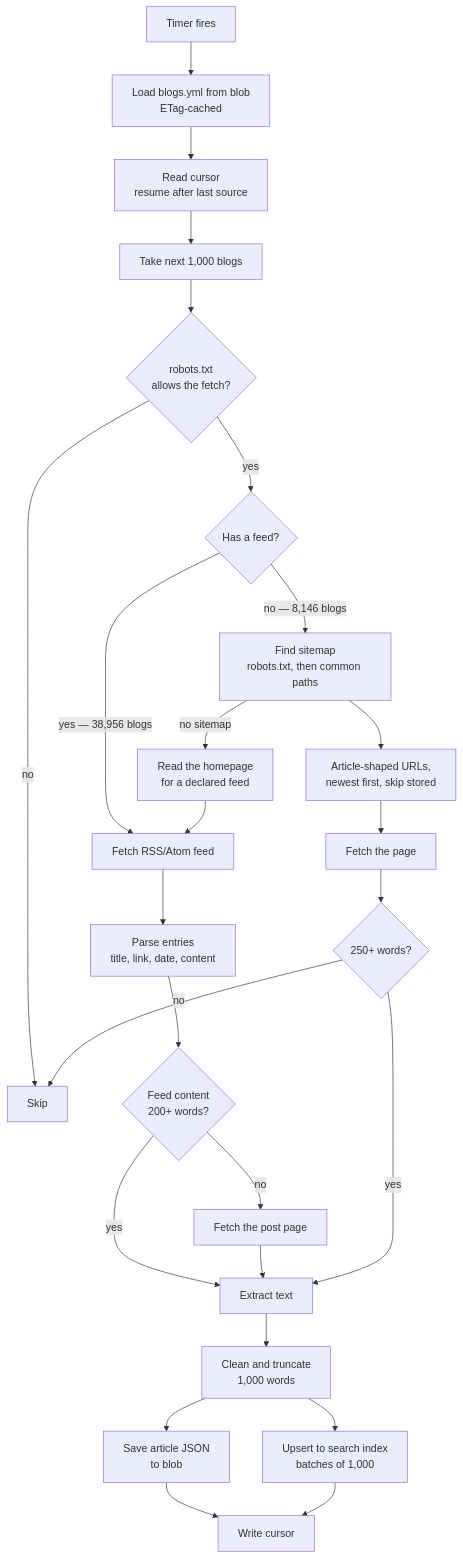
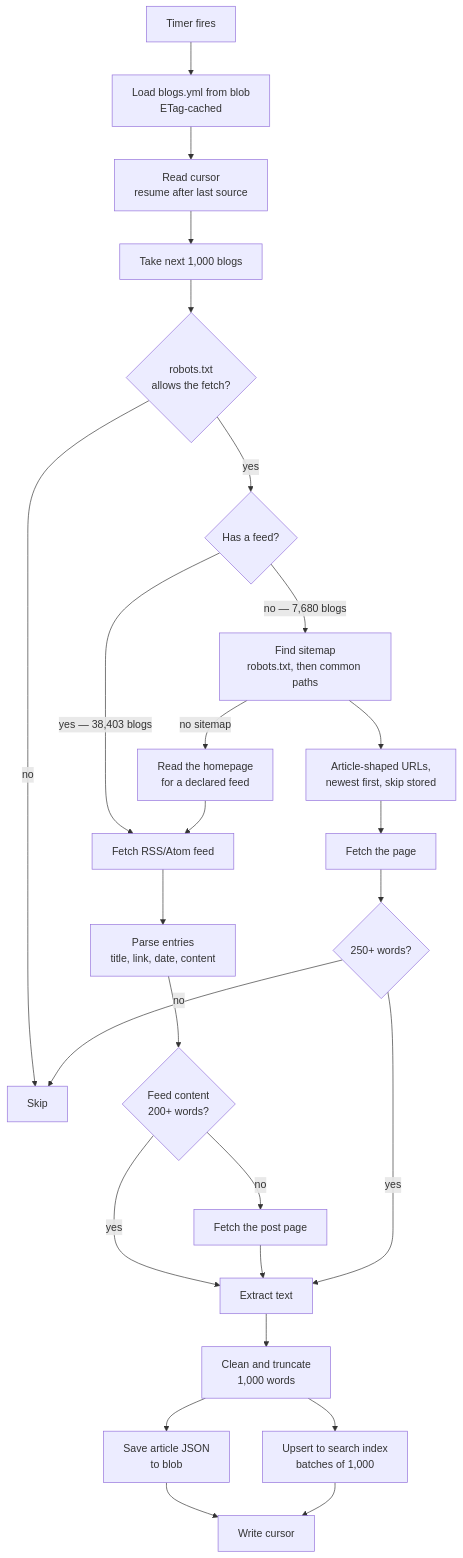
One commit to GitPaulo/blogme changed the second of 5 diagrams in docs/how-it-works.md. Above: the diagram before and after it, drawn with Mermaid. The commit also changed other lines of this file and 8 other files, not shown here.

````diff
--- a/docs/how-it-works.md
+++ b/docs/how-it-works.md
@@ -47,32 +47,32 @@
 ```mermaid
 flowchart TD
     T["Timer fires"] --> L["Load blogs.yml from blob<br/>ETag-cached"]
     L --> C["Read cursor<br/>resume after last source"]
     C --> BATCH["Take next 1,000 blogs"]
 
     BATCH --> R{"robots.txt<br/>allows the fetch?"}
     R -->|no| SKIP["Skip"]
     R -->|yes| P{"Has a feed?"}
 
-    P -->|"yes — 38,956 blogs"| F["Fetch RSS/Atom feed"]
-    P -->|"no — 8,146 blogs"| M["Find sitemap<br/>robots.txt, then common paths"]
+    P -->|"yes — 38,403 blogs"| F["Fetch RSS/Atom feed"]
+    P -->|"no — 7,680 blogs"| M["Find sitemap<br/>robots.txt, then common paths"]
 
     F --> ITEMS["Parse entries<br/>title, link, date, content"]
     ITEMS --> FULL{"Feed content<br/>200+ words?"}
     FULL -->|yes| X["Extract text"]
     FULL -->|no| PAGE["Fetch the post page"] --> X
 
     M -->|"no sitemap"| ALT["Read the homepage<br/>for a declared feed"]
     ALT --> F
     M --> LINKS["Article-shaped URLs,<br/>newest first, skip stored"]
     LINKS --> FETCH["Fetch the page"]
     FETCH --> LONG{"250+ words?"}
     LONG -->|no| SKIP
     LONG -->|yes| X
 
     X --> TRUNC["Clean and truncate<br/>1,000 words"]
     TRUNC --> SAVE["Save article JSON<br/>to blob"]
     TRUNC --> IDX["Upsert to search index<br/>batches of 1,000"]
     SAVE --> CUR["Write cursor"]
     IDX --> CUR
 ```
````
